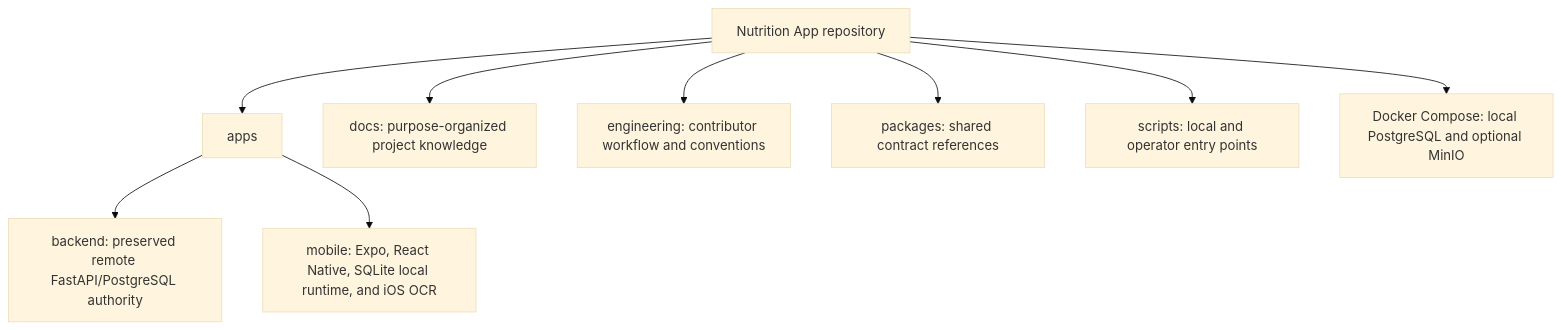
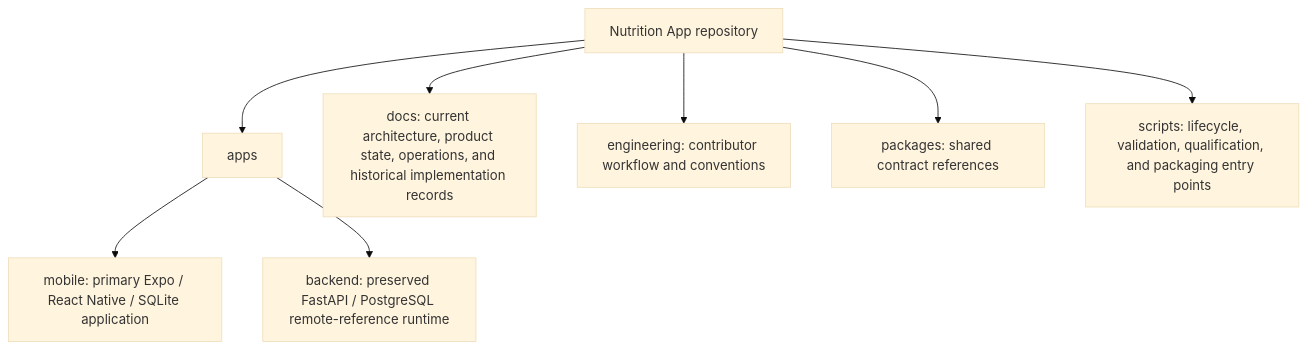
The first of 2 diagrams in README.md (MitCaine/Nutrition-App), drawn with Mermaid (base theme) before and after one commit. The commit also changed other lines of this file, not shown here.

Commit message:
Refresh root README for current local-first app

````diff
--- a/README.md
+++ b/README.md
@@ -19,11 +25,10 @@
 ```mermaid
 flowchart TD
     Repo["Nutrition App repository"] --> Apps["apps"]
-    Apps --> Backend["backend: preserved remote FastAPI/PostgreSQL authority"]
-    Apps --> Mobile["mobile: Expo, React Native, SQLite local runtime, and iOS OCR"]
-    Repo --> Docs["docs: purpose-organized project knowledge"]
+    Apps --> Mobile["mobile: primary Expo / React Native / SQLite application"]
+    Apps --> Backend["backend: preserved FastAPI / PostgreSQL remote-reference runtime"]
+    Repo --> Docs["docs: current architecture, product state, operations, and historical implementation records"]
     Repo --> Engineering["engineering: contributor workflow and conventions"]
     Repo --> Packages["packages: shared contract references"]
-    Repo --> Scripts["scripts: local and operator entry points"]
-    Repo --> Compose["Docker Compose: local PostgreSQL and optional MinIO"]
+    Repo --> Scripts["scripts: lifecycle, validation, qualification, and packaging entry points"]
 ```
````
